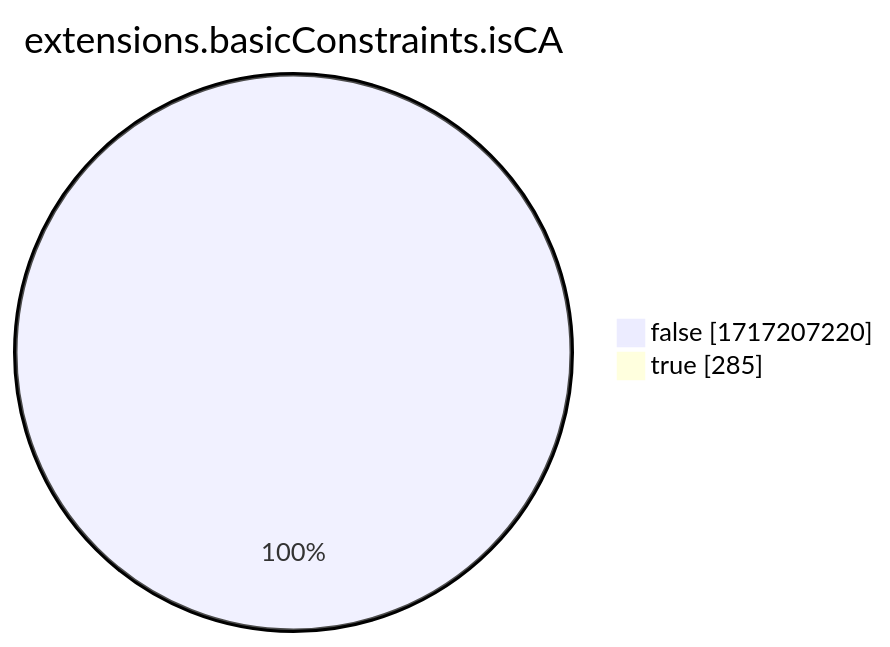
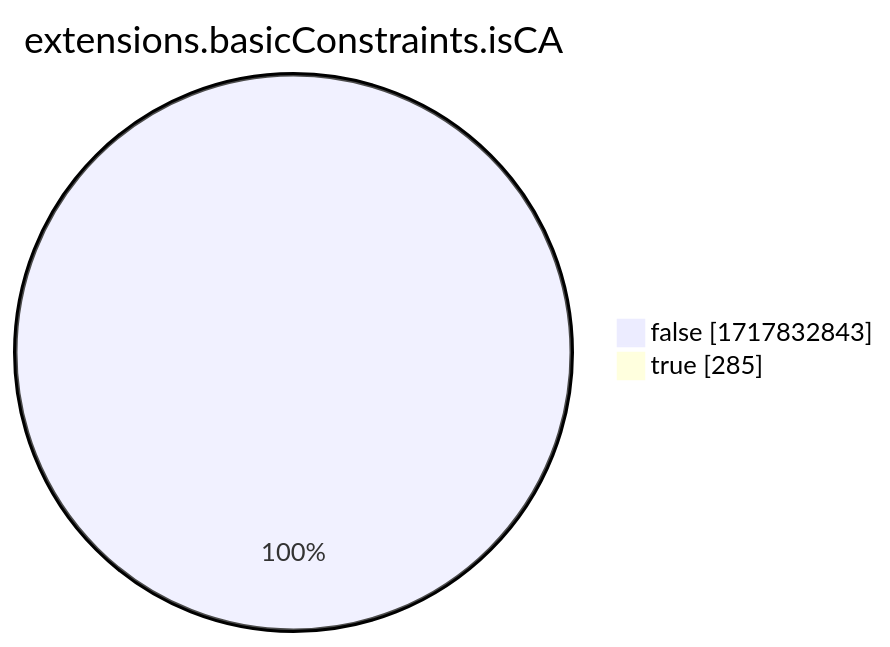
The eighth of 15 diagrams in xenon2022/README.md (christiankrug/ctmonitor_visualization), drawn with Mermaid before and after one commit. The commit also changed other lines of this file, not shown here.

````diff
--- a/xenon2022/README.md
+++ b/xenon2022/README.md
@@ -2866,6 +2866,6 @@
 ```mermaid
 pie showData
 title extensions.basicConstraints.isCA
-"false" :1717207220
+"false" :1717832843
 "true" :285
 ```
````
